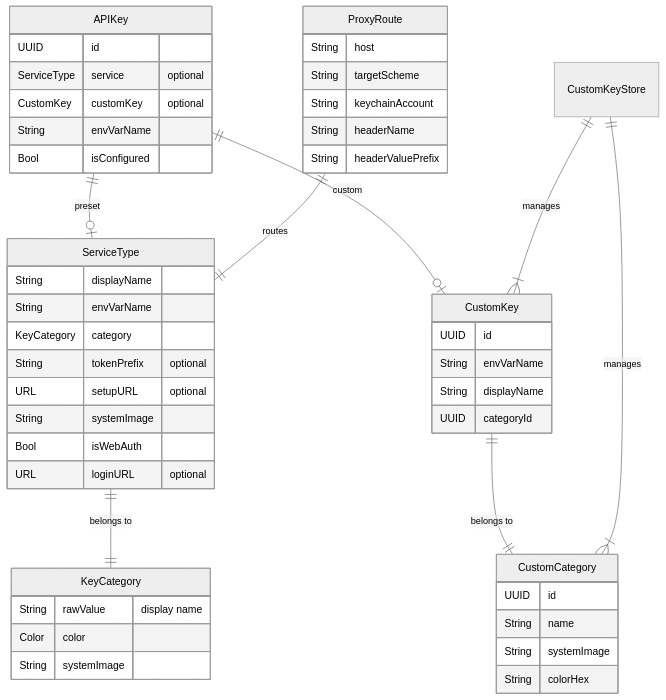
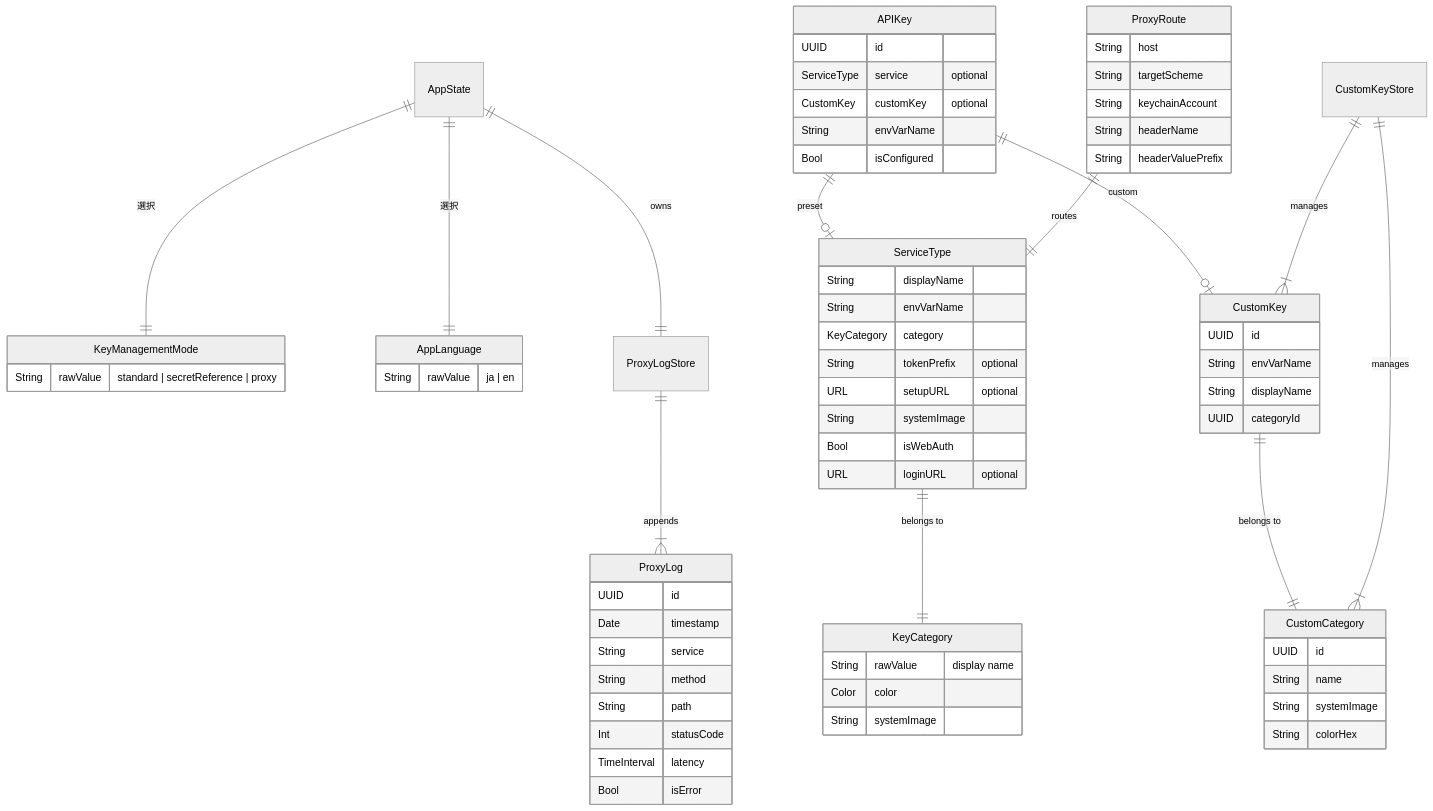
Before and after one commit to aieo-product/AIkeychain: the diagram in docs/design/data-model.md, drawn with Mermaid (neutral theme). The commit also changed other lines of this file and 7 other files, not shown here.

````diff
--- a/docs/design/data-model.md
+++ b/docs/design/data-model.md
@@ -7,57 +5,80 @@
 ```mermaid
 erDiagram
+    AppState ||--|| KeyManagementMode : "選択"
+    AppState ||--|| AppLanguage : "選択"
+    AppState ||--|| ProxyLogStore : "owns"
     APIKey ||--o| ServiceType : "preset"
     APIKey ||--o| CustomKey : "custom"
     ServiceType ||--|| KeyCategory : "belongs to"
     CustomKey ||--|| CustomCategory : "belongs to"
     CustomKeyStore ||--|{ CustomKey : "manages"
     CustomKeyStore ||--|{ CustomCategory : "manages"
     ProxyRoute ||--|| ServiceType : "routes"
+    ProxyLogStore ||--|{ ProxyLog : "appends"
+
+    KeyManagementMode {
+        String rawValue "standard | secretReference | proxy"
+    }
+
+    AppLanguage {
+        String rawValue "ja | en"
+    }
 
     APIKey {
         UUID id
         ServiceType service "optional"
         CustomKey customKey "optional"
         String envVarName
         Bool isConfigured
     }
 
     ServiceType {
         String displayName
         String envVarName
         KeyCategory category
         String tokenPrefix "optional"
         URL setupURL "optional"
         String systemImage
         Bool isWebAuth
         URL loginURL "optional"
     }
 
     KeyCategory {
         String rawValue "display name"
         Color color
         String systemImage
     }
 
     CustomKey {
         UUID id
         String envVarName
         String displayName
         UUID categoryId
     }
 
     CustomCategory {
         UUID id
         String name
         String systemImage
         String colorHex
     }
 
     ProxyRoute {
         String host
         String targetScheme
         String keychainAccount
         String headerName
         String headerValuePrefix
     }
+
+    ProxyLog {
+        UUID id
+        Date timestamp
+        String service
+        String method
+        String path
+        Int statusCode
+        TimeInterval latency
+        Bool isError
+    }
 ```
````
